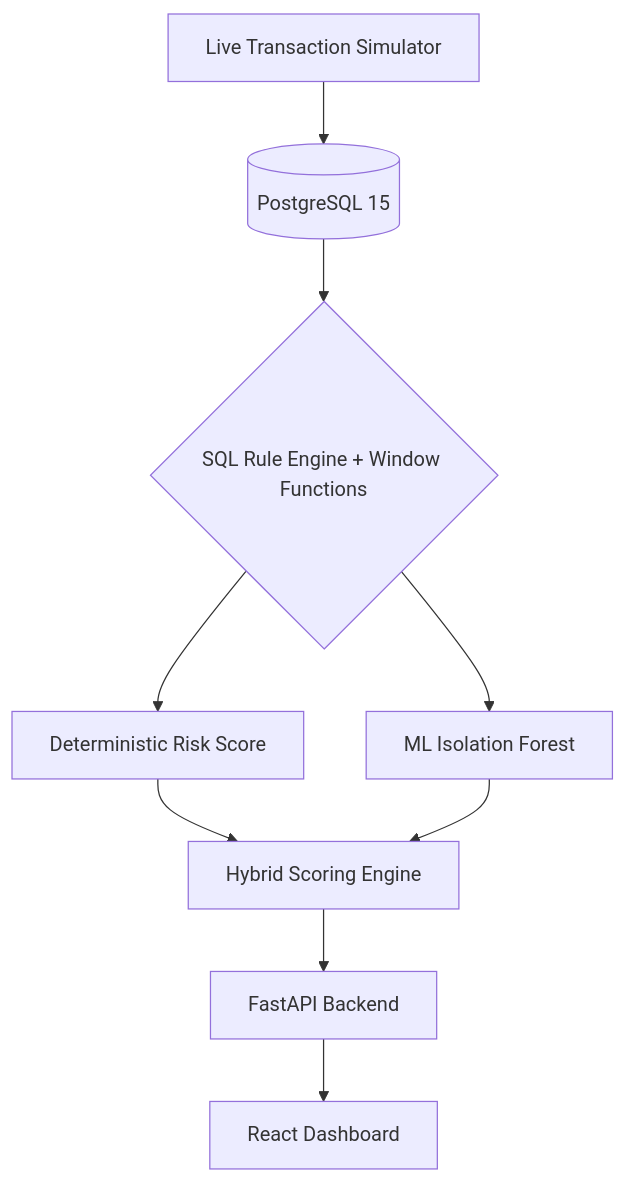
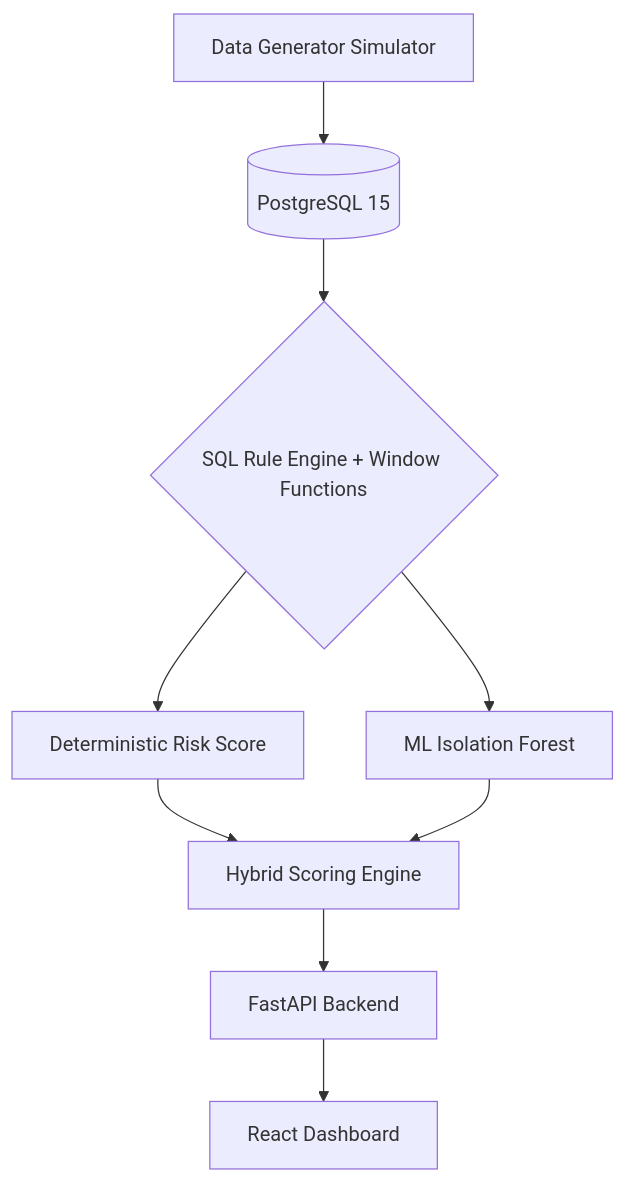
One commit to shaik-hasan-AS/Transaction-anomaly-detection-Engine changed the diagram in README.md. Above: the diagram before and after it, drawn with Mermaid. The commit also changed other lines of this file and 8 other files, not shown here.

````diff
--- a/README.md
+++ b/README.md
@@ -17,11 +23,11 @@
 ```mermaid
 graph TD
-    A[Live Transaction Simulator] --> B[(PostgreSQL 15)]
+    A[Data Generator Simulator] --> B[(PostgreSQL 15)]
     B --> C{SQL Rule Engine + Window Functions}
     C --> D[Deterministic Risk Score]
     C --> E[ML Isolation Forest]
     D --> F[Hybrid Scoring Engine]
     E --> F
     F --> G[FastAPI Backend]
     G --> H[React Dashboard]
 ```
````
